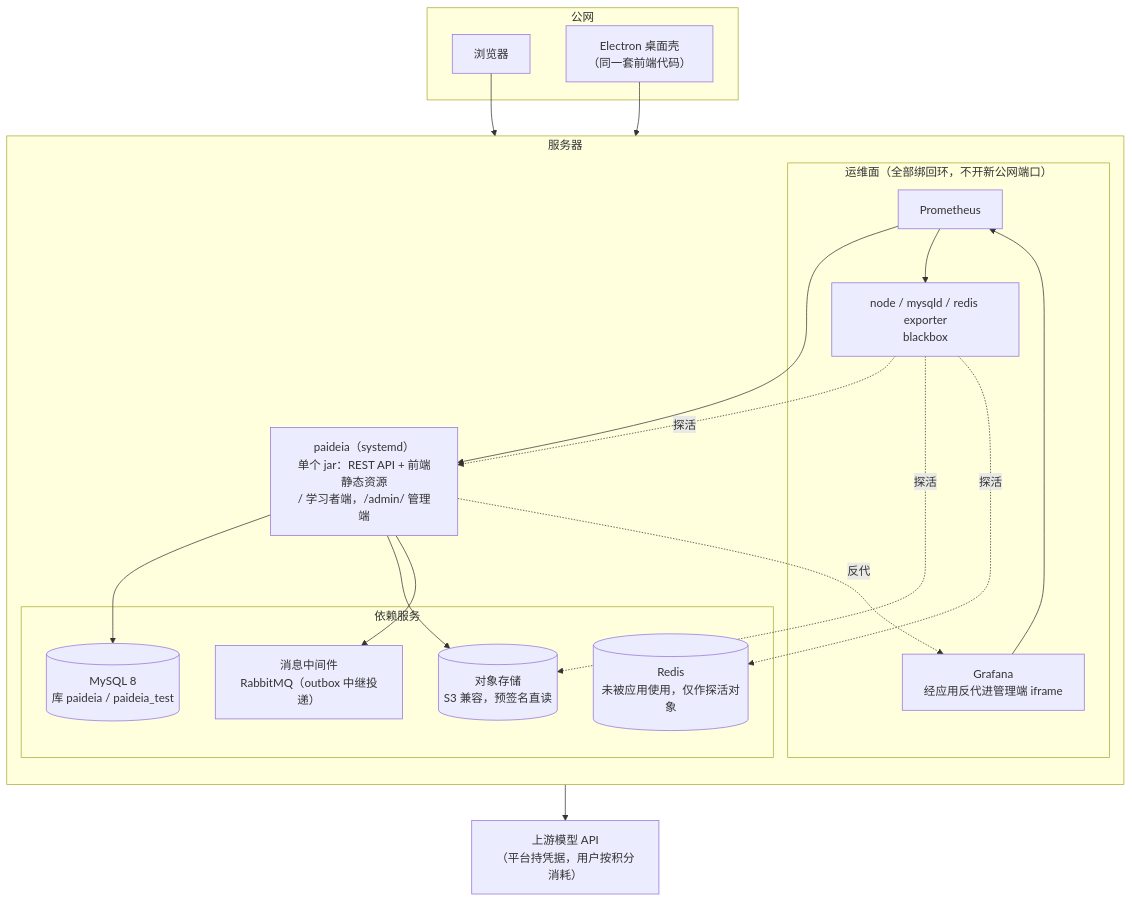
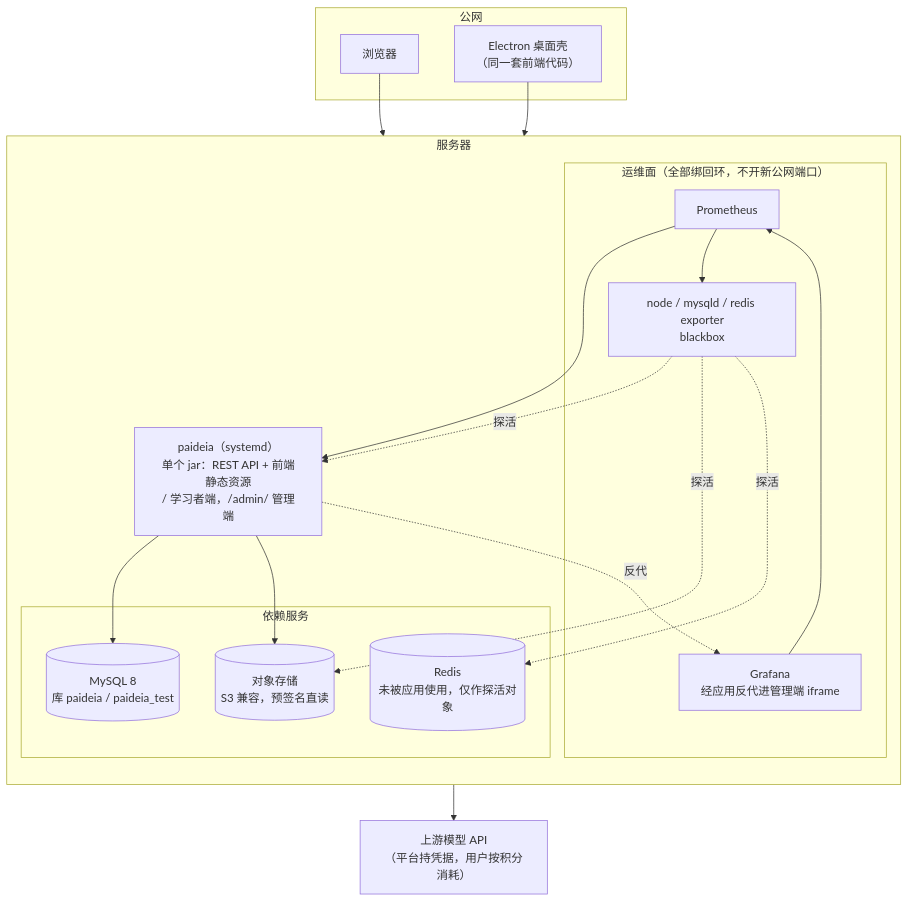
One commit to xiaou61/U-space changed the first of 3 diagrams in docs/architecture/03-deployment.md. Above: the diagram before and after it, drawn with Mermaid. The commit also changed other lines of this file and 5 other files, not shown here.

First line of the commit message:
docs(arch): 补前端包与数据库两张结构图，删掉部署图里并不存在的 RabbitMQ

````diff
--- a/docs/architecture/03-deployment.md
+++ b/docs/architecture/03-deployment.md
@@ -9,41 +9,39 @@
 ```mermaid
 flowchart TB
   subgraph 公网
     U["浏览器"]
     D["Electron 桌面壳<br/>（同一套前端代码）"]
   end
 
   subgraph 服务器
     direction TB
     APP["paideia（systemd）<br/>单个 jar：REST API + 前端静态资源<br/>/ 学习者端，/admin/ 管理端"]
 
     subgraph 依赖服务
       DB[("MySQL 8<br/>库 paideia / paideia_test")]
       OBJ[("对象存储<br/>S3 兼容，预签名直读")]
-      RMQ["消息中间件<br/>RabbitMQ（outbox 中继投递）"]
       REDIS[("Redis<br/>未被应用使用，仅作探活对象")]
     end
 
     subgraph "运维面（全部绑回环，不开新公网端口）"
       PROM["Prometheus"]
       GRAF["Grafana<br/>经应用反代进管理端 iframe"]
       EXP["node / mysqld / redis exporter<br/>blackbox"]
     end
   end
 
   UPSTREAM["上游模型 API<br/>（平台持凭据，用户按积分消耗）"]
 
   U --> APP
   D --> APP
   APP --> DB
   APP --> OBJ
-  APP --> RMQ
   APP --> UPSTREAM
   APP -. "反代" .-> GRAF
   PROM --> APP
   PROM --> EXP
   GRAF --> PROM
   EXP -. "探活" .-> APP
   EXP -. "探活" .-> OBJ
   EXP -. "探活" .-> REDIS
 ```
````
